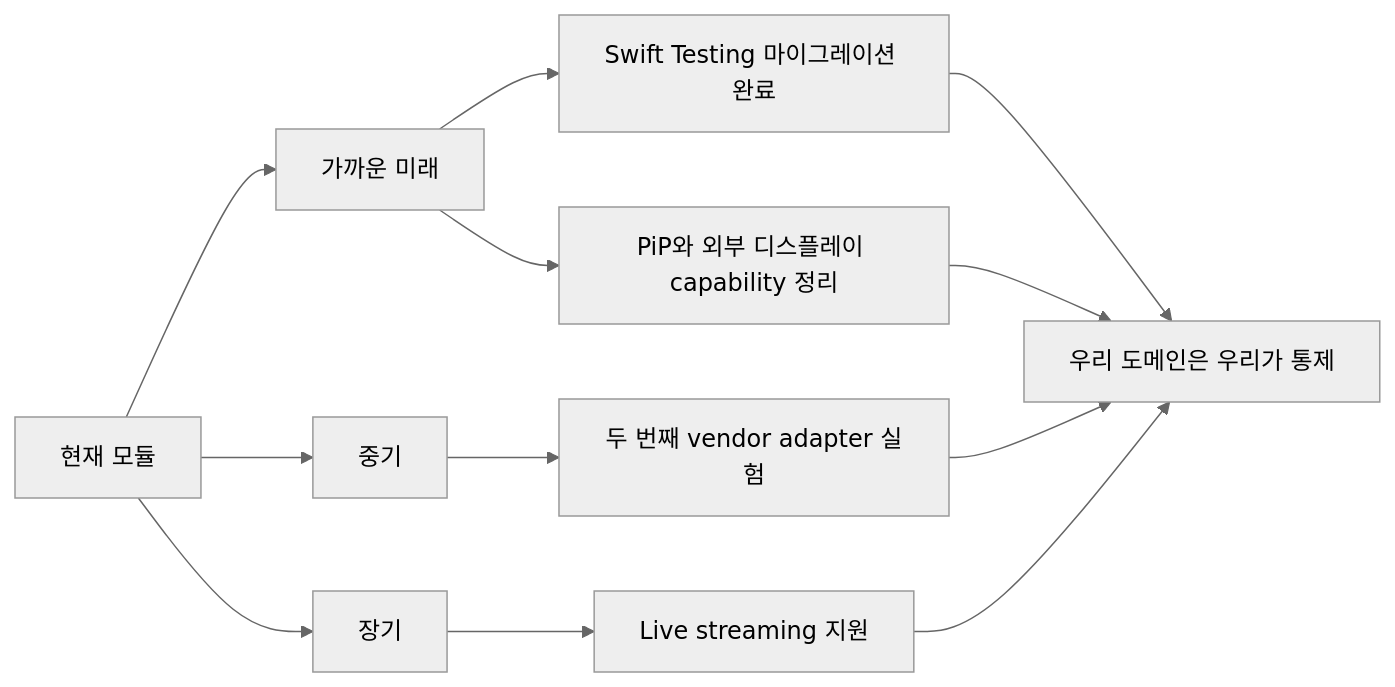
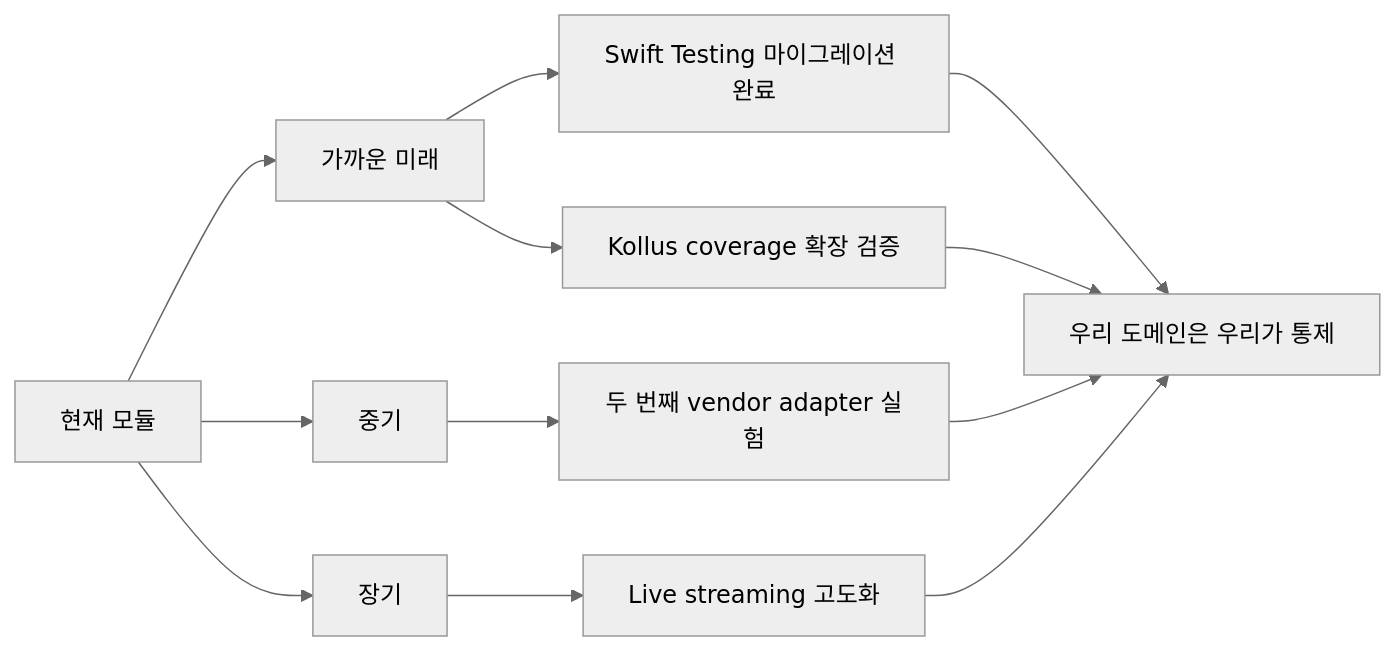
One commit to megastudymobile/ms-videoplayer-ios changed the tenth of 10 diagrams in docs/blog/05-player-modularization.md. Above: the diagram before and after it, drawn with Mermaid (neutral theme). The commit also changed other lines of this file and 2 other files, not shown here.

Commit message:
feat(kollus): extend PlaybackSource and PlayerEvent for enhanced functionality

````diff
--- a/docs/blog/05-player-modularization.md
+++ b/docs/blog/05-player-modularization.md
@@ -408,14 +428,14 @@
 ```mermaid
 flowchart LR
     Now[현재 모듈] --> Near[가까운 미래]
     Near --> SwiftTesting[Swift Testing 마이그레이션 완료]
-    Near --> Capability[PiP와 외부 디스플레이 capability 정리]
+    Near --> Capability[Kollus coverage 확장 검증]
     Now --> Mid[중기]
     Mid --> SecondVendor[두 번째 vendor adapter 실험]
     Now --> Long[장기]
-    Long --> Live[Live streaming 지원]
+    Long --> Live[Live streaming 고도화]
     SwiftTesting --> Promise[우리 도메인은 우리가 통제]
     Capability --> Promise
     SecondVendor --> Promise
     Live --> Promise
 ```
````
